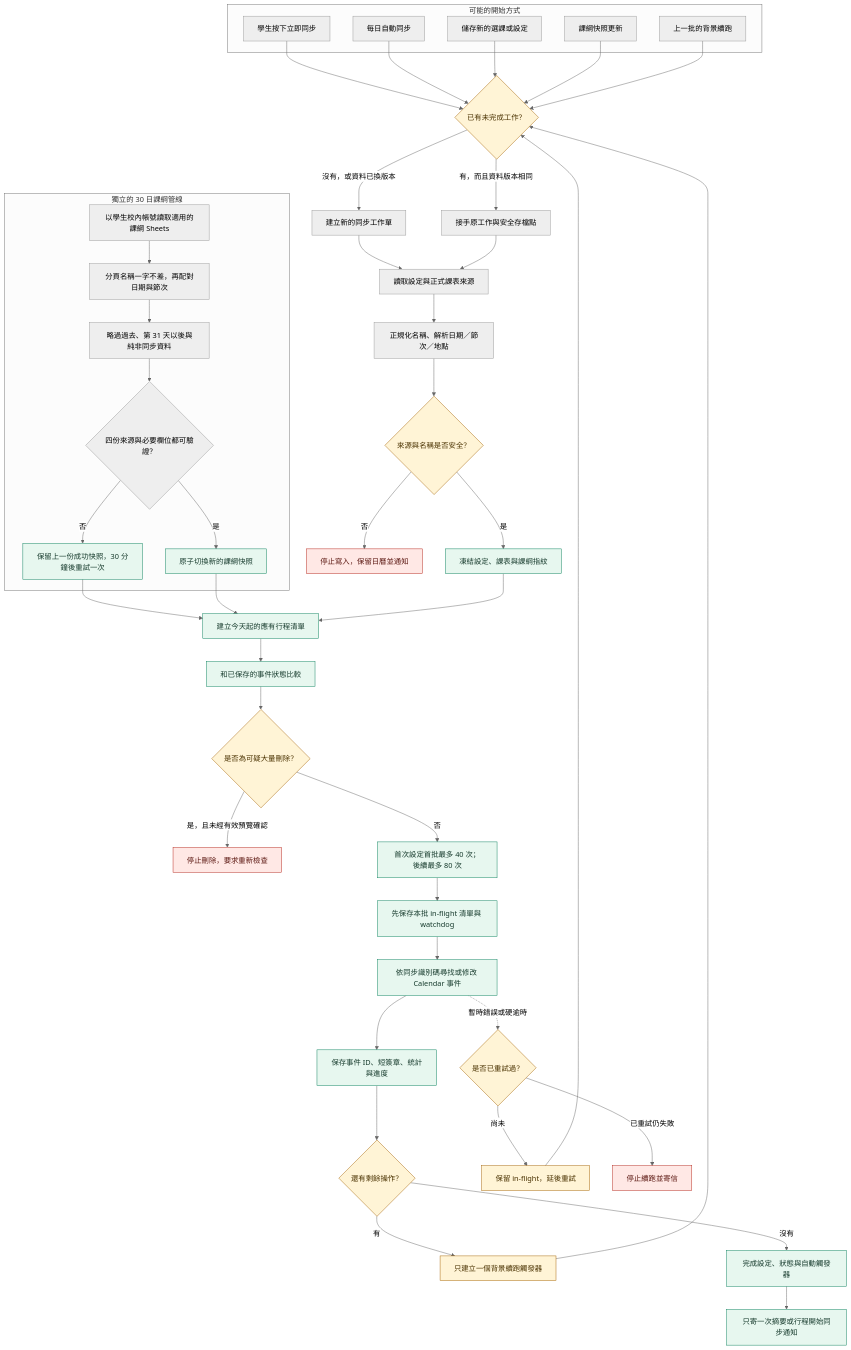
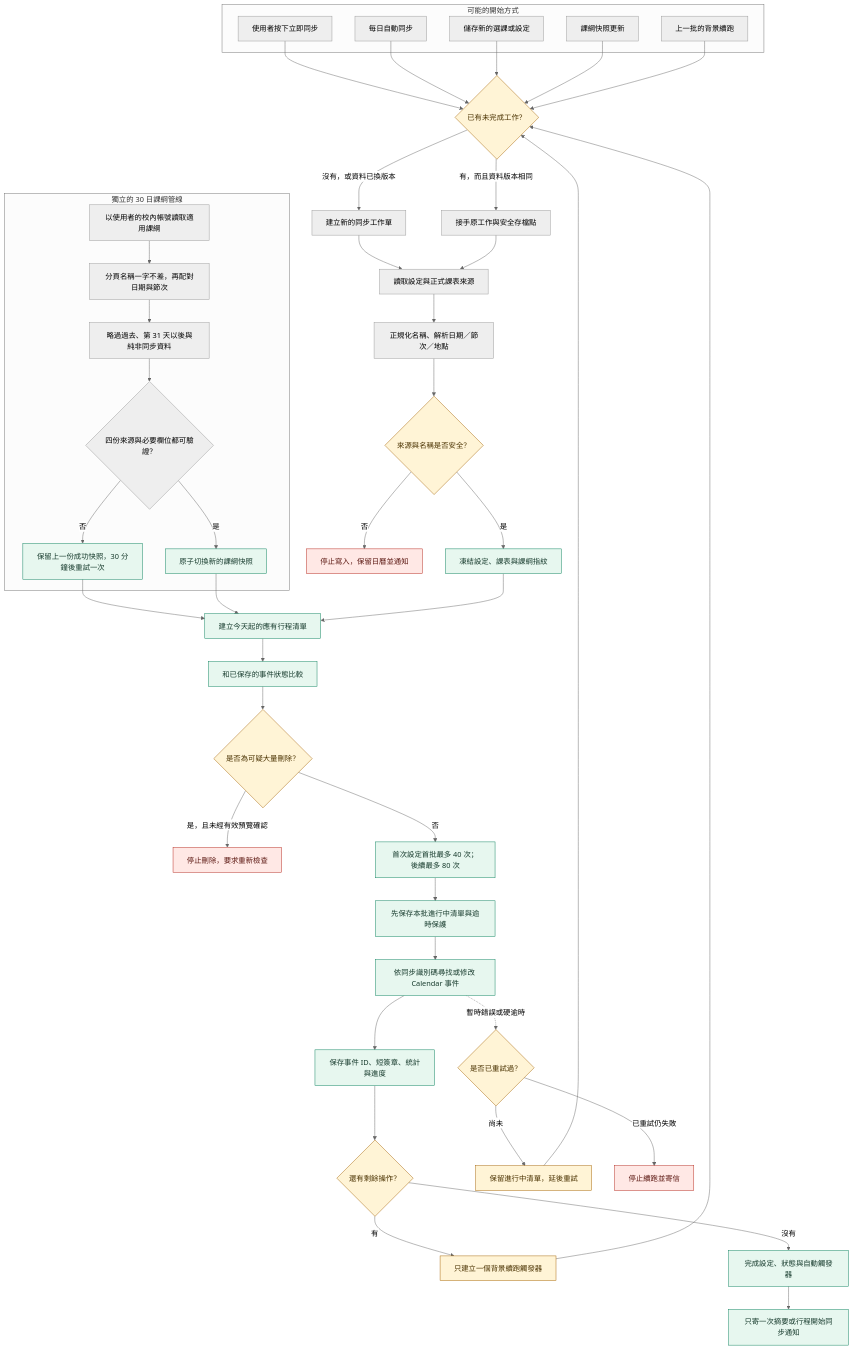
The diagram in SYNC_MECHANISM.md (artemas-hsieh/t-school-schedule-sync), drawn with Mermaid (neutral theme) before and after one commit. The commit also changed other lines of this file and 15 other files, not shown here.

````diff
--- a/SYNC_MECHANISM.md
+++ b/SYNC_MECHANISM.md
@@ -35,66 +35,66 @@
 ```mermaid
 flowchart TB
   subgraph Start["可能的開始方式"]
-    A1["學生按下立即同步"]
+    A1["使用者按下立即同步"]
     A2["每日自動同步"]
     A3["儲存新的選課或設定"]
     A4["課綱快照更新"]
     A5["上一批的背景續跑"]
   end
 
   A1 --> B
   A2 --> B
   A3 --> B
   A4 --> B
   A5 --> B
 
   B{"已有未完成工作？"}
   B -- "有，而且資料版本相同" --> C["接手原工作與安全存檔點"]
   B -- "沒有，或資料已換版本" --> D["建立新的同步工作單"]
 
   D --> E["讀取設定與正式課表來源"]
   C --> E
   E --> F["正規化名稱、解析日期／節次／地點"]
   F --> G{"來源與名稱是否安全？"}
   G -- "否" --> X1["停止寫入，保留日曆並通知"]
   G -- "是" --> H["凍結設定、課表與課綱指紋"]
 
   subgraph Outline["獨立的 30 日課綱管線"]
-    O1["以學生校內帳號讀取適用的課綱 Sheets"]
+    O1["以使用者的校內帳號讀取適用課綱"]
     O2["分頁名稱一字不差，再配對日期與節次"]
     O3["略過過去、第 31 天以後與純非同步資料"]
     O4{"四份來源與必要欄位都可驗證？"}
     O4 -- "否" --> O5["保留上一份成功快照，30 分鐘後重試一次"]
     O4 -- "是" --> O6["原子切換新的課綱快照"]
     O1 --> O2 --> O3 --> O4
   end
 
   O5 --> I
   O6 --> I
   H --> I["建立今天起的應有行程清單"]
   I --> J["和已保存的事件狀態比較"]
   J --> K{"是否為可疑大量刪除？"}
   K -- "是，且未經有效預覽確認" --> X2["停止刪除，要求重新檢查"]
   K -- "否" --> L["首次設定首批最多 40 次；後續最多 80 次"]
 
-  L --> M["先保存本批 in-flight 清單與 watchdog"]
+  L --> M["先保存本批進行中清單與逾時保護"]
   M --> N["依同步識別碼尋找或修改 Calendar 事件"]
   N --> O["保存事件 ID、短簽章、統計與進度"]
   O --> P{"還有剩餘操作？"}
   P -- "有" --> Q["只建立一個背景續跑觸發器"]
   Q --> B
   P -- "沒有" --> R["完成設定、狀態與自動觸發器"]
   R --> S["只寄一次摘要或行程開始同步通知"]
 
   N -. "暫時錯誤或硬逾時" .-> T{"是否已重試過？"}
-  T -- "尚未" --> U["保留 in-flight，延後重試"]
+  T -- "尚未" --> U["保留進行中清單，延後重試"]
   U --> B
   T -- "已重試仍失敗" --> X3["停止續跑並寄信"]
 
   classDef safe fill:#e7f7ef,stroke:#087f5b,color:#173b2d;
   classDef caution fill:#fff4d6,stroke:#a46200,color:#4a3200;
   classDef stop fill:#ffe8e5,stroke:#b42318,color:#5b1711;
   class H,I,J,L,M,N,O,R,S,O5,O6 safe;
   class B,G,K,P,T,Q,U caution;
   class X1,X2,X3 stop;
 ```
````
